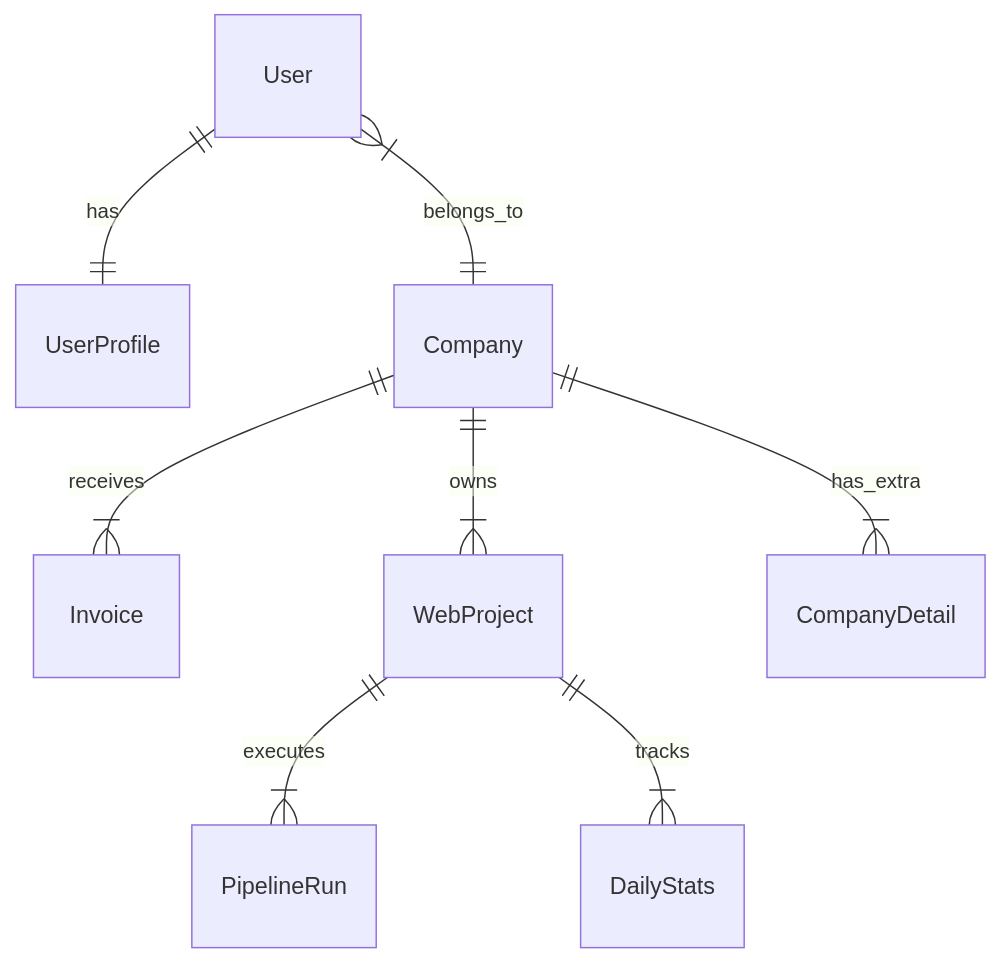
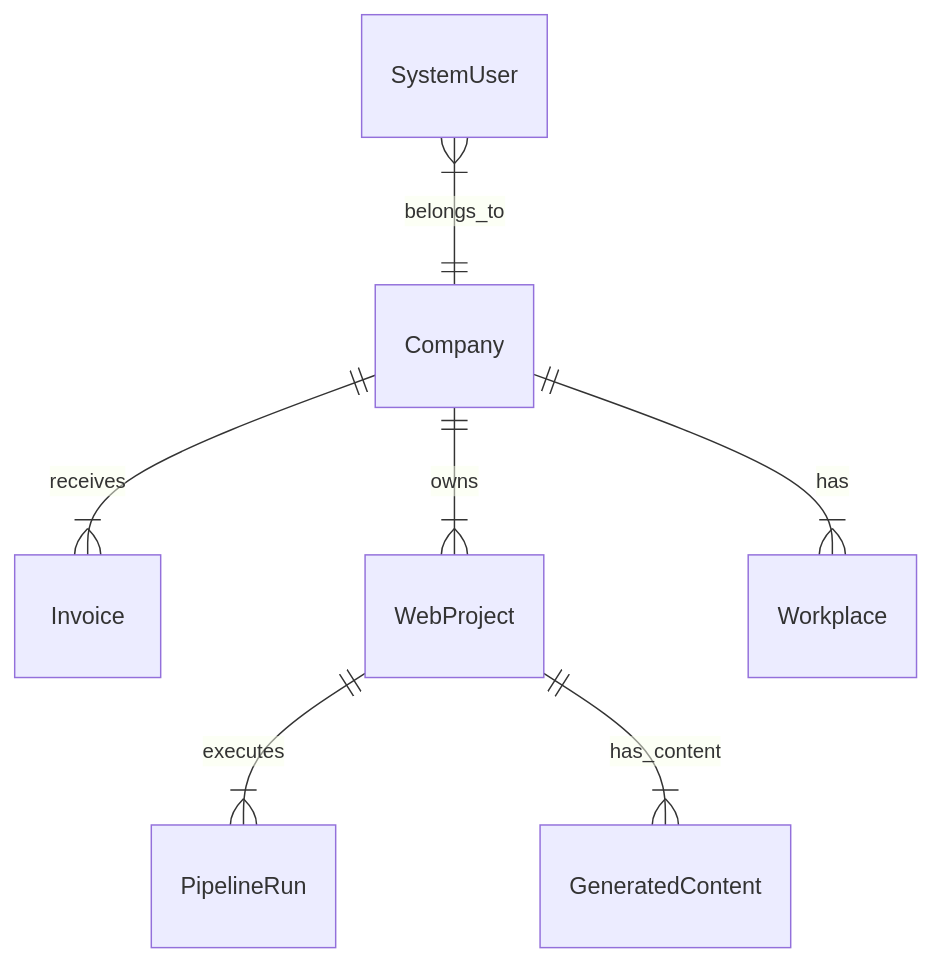
One commit to arslanibrahim95/prosektorweb changed the diagram in docs/database-design.md. Above: the diagram before and after it, drawn with Mermaid. The commit also changed other lines of this file and 187 other files, not shown here.

````diff
--- a/docs/database-design.md
+++ b/docs/database-design.md
@@ -22,10 +23,9 @@
 ```mermaid
 erDiagram
-    User ||--|| UserProfile : "has"
-    User }|--|| Company : "belongs_to"
+    SystemUser }|--|| Company : "belongs_to"
     Company ||--|{ Invoice : "receives"
     Company ||--|{ WebProject : "owns"
-    Company ||--|{ CompanyDetail : "has_extra"
+    Company ||--|{ Workplace : "has"
     WebProject ||--|{ PipelineRun : "executes"
-    WebProject ||--|{ DailyStats : "tracks"
+    WebProject ||--|{ GeneratedContent : "has_content"
 ```
````
